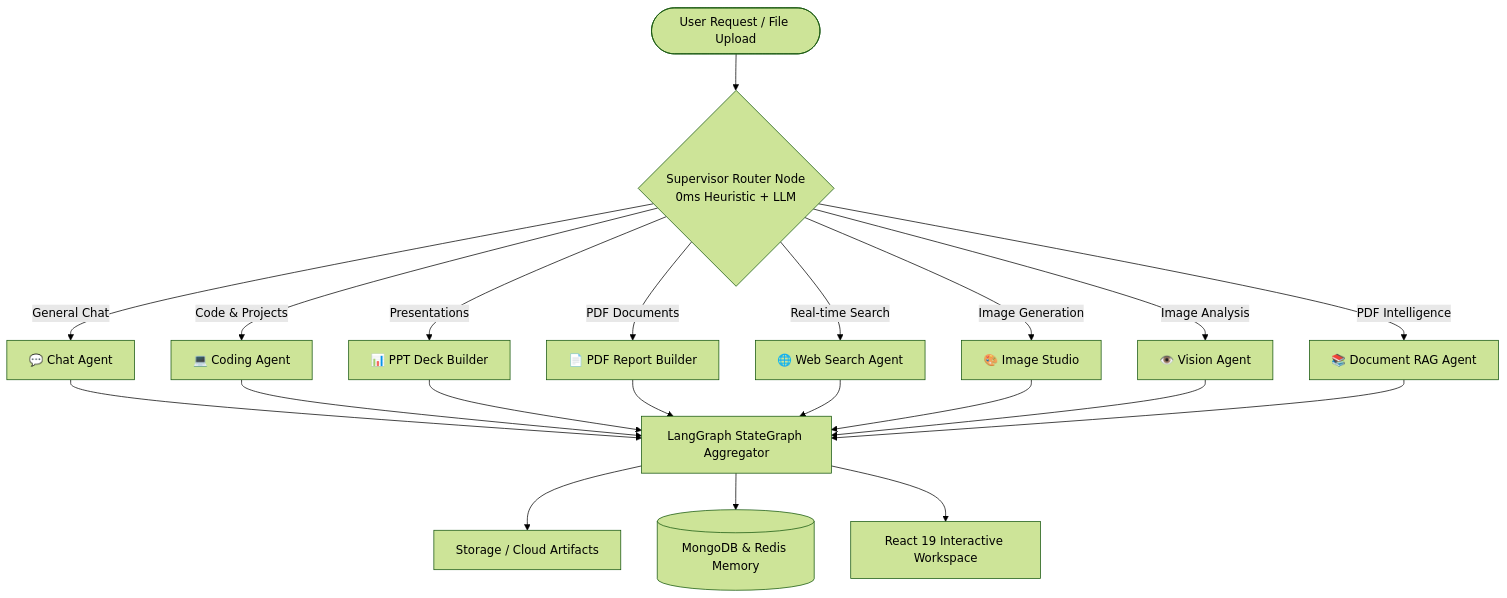
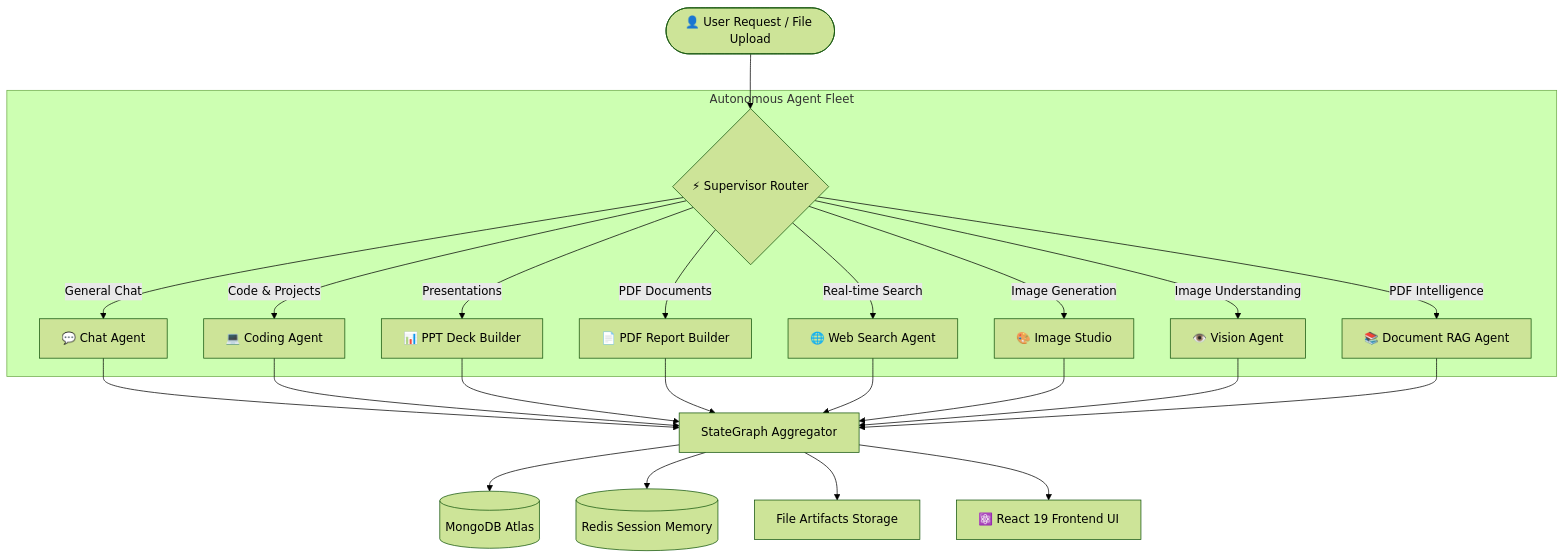
Before and after one commit to Abhi956967/CortexFlow_AI: the diagram in README.md, drawn with Mermaid (forest theme). The commit also changed other lines of this file, not shown here.

````diff
--- a/README.md
+++ b/README.md
@@ -57,26 +49,22 @@
 ```mermaid
 flowchart TD
-    User([User Request / File Upload]) --> Router{Supervisor Router Node<br>0ms Heuristic + LLM}
-  
-    Router -->|General Chat| A1[💬 Chat Agent]
-    Router -->|Code & Projects| A2[💻 Coding Agent]
-    Router -->|Presentations| A3[📊 PPT Deck Builder]
-    Router -->|PDF Documents| A4[📄 PDF Report Builder]
-    Router -->|Real-time Search| A5[🌐 Web Search Agent]
-    Router -->|Image Generation| A6[🎨 Image Studio]
-    Router -->|Image Analysis| A7[👁️ Vision Agent]
-    Router -->|PDF Intelligence| A8[📚 Document RAG Agent]
+    User([👤 User Request / File Upload]) --> Router{⚡ Supervisor Router}
 
-    A1 --> State[LangGraph StateGraph Aggregator]
-    A2 --> State
-    A3 --> State
-    A4 --> State
-    A5 --> State
-    A6 --> State
-    A7 --> State
-    A8 --> State
+    subgraph Autonomous Agent Fleet
+        Router -->|General Chat| A1[💬 Chat Agent]
+        Router -->|Code & Projects| A2[💻 Coding Agent]
+        Router -->|Presentations| A3[📊 PPT Deck Builder]
+        Router -->|PDF Documents| A4[📄 PDF Report Builder]
+        Router -->|Real-time Search| A5[🌐 Web Search Agent]
+        Router -->|Image Generation| A6[🎨 Image Studio]
+        Router -->|Image Understanding| A7[👁️ Vision Agent]
+        Router -->|PDF Intelligence| A8[📚 Document RAG Agent]
+    end
 
-    State --> Storage[Storage / Cloud Artifacts]
-    State --> DB[(MongoDB & Redis Memory)]
-    State --> Frontend[React 19 Interactive Workspace]
+    A1 & A2 & A3 & A4 & A5 & A6 & A7 & A8 --> Aggregator[StateGraph Aggregator]
+
+    Aggregator --> DB[(MongoDB Atlas)]
+    Aggregator --> Cache[(Redis Session Memory)]
+    Aggregator --> Storage[File Artifacts Storage]
+    Aggregator --> UI[⚛️ React 19 Frontend UI]
 ```
````
